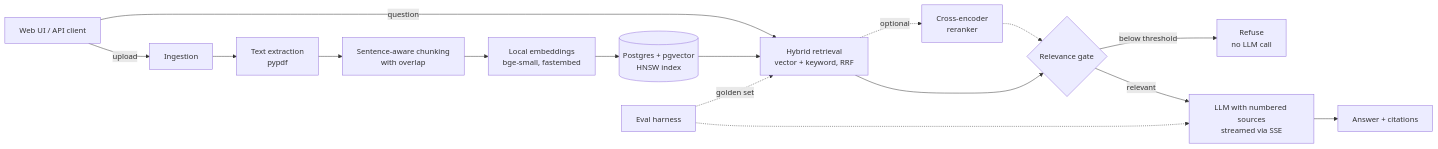
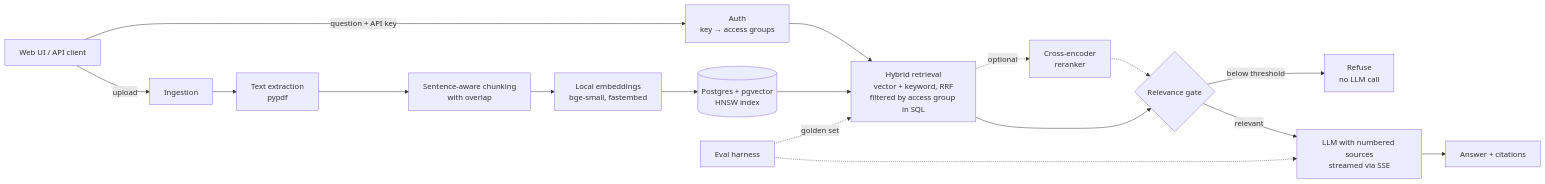
Before and after one commit to Gayathri2708/docpilot-rag: the diagram in README.md, drawn with Mermaid. The commit also changed other lines of this file and 19 other files, not shown here.

````diff
--- a/README.md
+++ b/README.md
@@ -11,20 +11,21 @@
 ```mermaid
 flowchart LR
     U[Web UI / API client] -->|upload| I[Ingestion]
     I --> X[Text extraction<br/>pypdf]
     X --> C[Sentence-aware chunking<br/>with overlap]
     C --> E[Local embeddings<br/>bge-small, fastembed]
     E --> DB[(Postgres + pgvector<br/>HNSW index)]
 
-    U -->|question| R[Hybrid retrieval<br/>vector + keyword, RRF]
+    U -->|question + API key| K[Auth<br/>key → access groups]
+    K --> R[Hybrid retrieval<br/>vector + keyword, RRF<br/>filtered by access group in SQL]
     DB --> R
     R -.->|optional| RR[Cross-encoder<br/>reranker]
     RR -.-> G
     R --> G{Relevance gate}
     G -->|below threshold| N[Refuse<br/>no LLM call]
     G -->|relevant| L[LLM with numbered sources<br/>streamed via SSE]
     L --> A[Answer + citations]
 
     EV[Eval harness] -.->|golden set| R
     EV -.-> L
 ```
````
